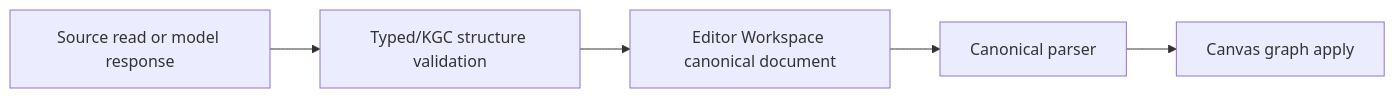
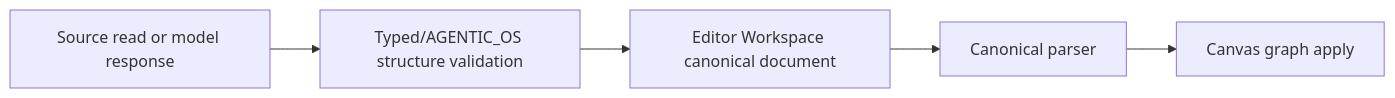
The diagram in docs/documents/agentic-graph-agent-ready-prd-tad.companion.md (huijoohwee/agentic-graph), drawn with Mermaid before and after one commit. The commit also changed 599 other files, not shown here.

````diff
--- a/docs/documents/agentic-graph-agent-ready-prd-tad.companion.md
+++ b/docs/documents/agentic-graph-agent-ready-prd-tad.companion.md
@@ -81,7 +81,7 @@
 ```mermaid
 flowchart LR
-    A["Source read or model response"] --> B["Typed/KGC structure validation"]
+    A["Source read or model response"] --> B["Typed/AGENTIC_OS structure validation"]
     B --> C["Editor Workspace canonical document"]
     C --> D["Canonical parser"]
     D --> E["Canvas graph apply"]
 ```
````
